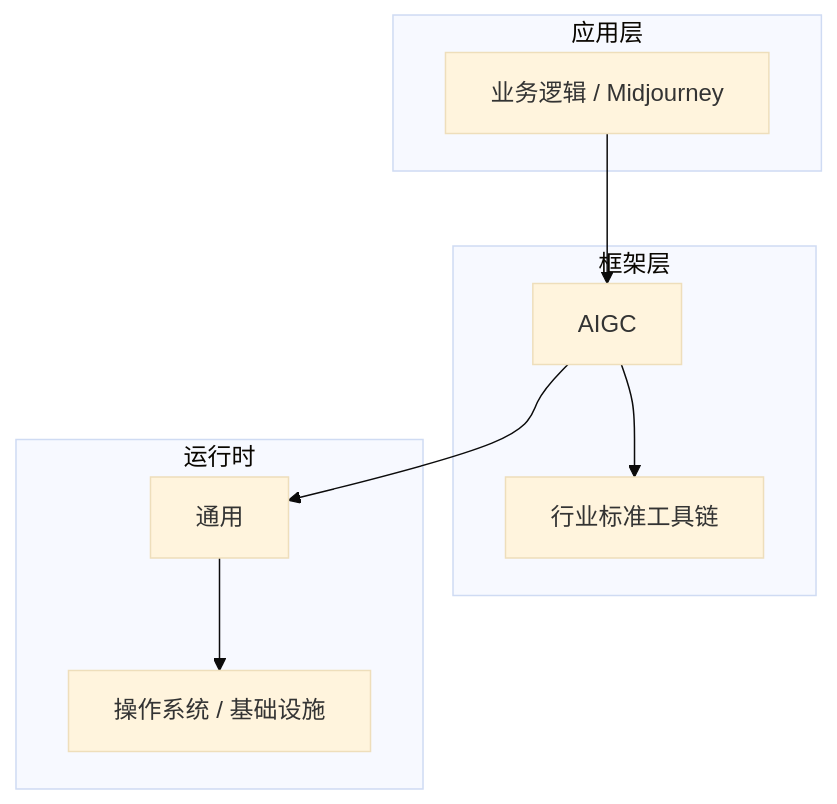
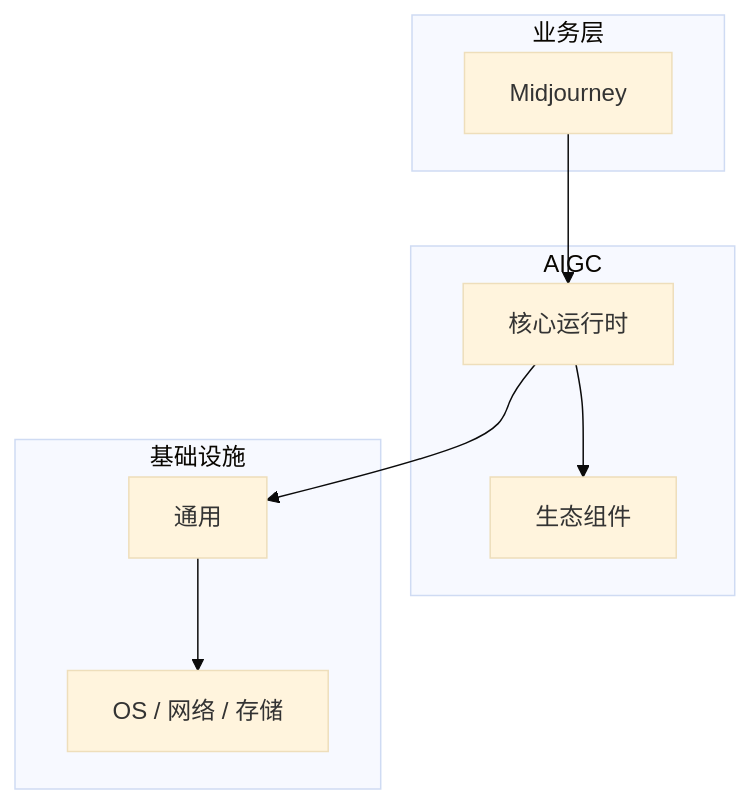
One commit to yanggan2015/knowledge-json-v2 changed the diagram in articles/AIGC/chapters/036-Midjourney核心概念与原理.md. Above: the diagram before and after it, drawn with Mermaid (base theme). The commit also changed other lines of this file and 10127 other files, not shown here.

````diff
--- a/articles/AIGC/chapters/036-Midjourney核心概念与原理.md
+++ b/articles/AIGC/chapters/036-Midjourney核心概念与原理.md
@@ -45,18 +30,18 @@
 ```mermaid
 graph TB
-    subgraph 应用层
-        A[业务逻辑 / Midjourney]
+    subgraph 业务层
+        A[Midjourney]
     end
-    subgraph 框架层
-        B[AIGC]
-        C[行业标准工具链]
+    subgraph AIGC
+        B[核心运行时]
+        C[生态组件]
     end
-    subgraph 运行时
+    subgraph 基础设施
         D[通用]
-        E[操作系统 / 基础设施]
+        E[OS / 网络 / 存储]
     end
     A --> B
     B --> C
     B --> D
     D --> E
 ```
````
